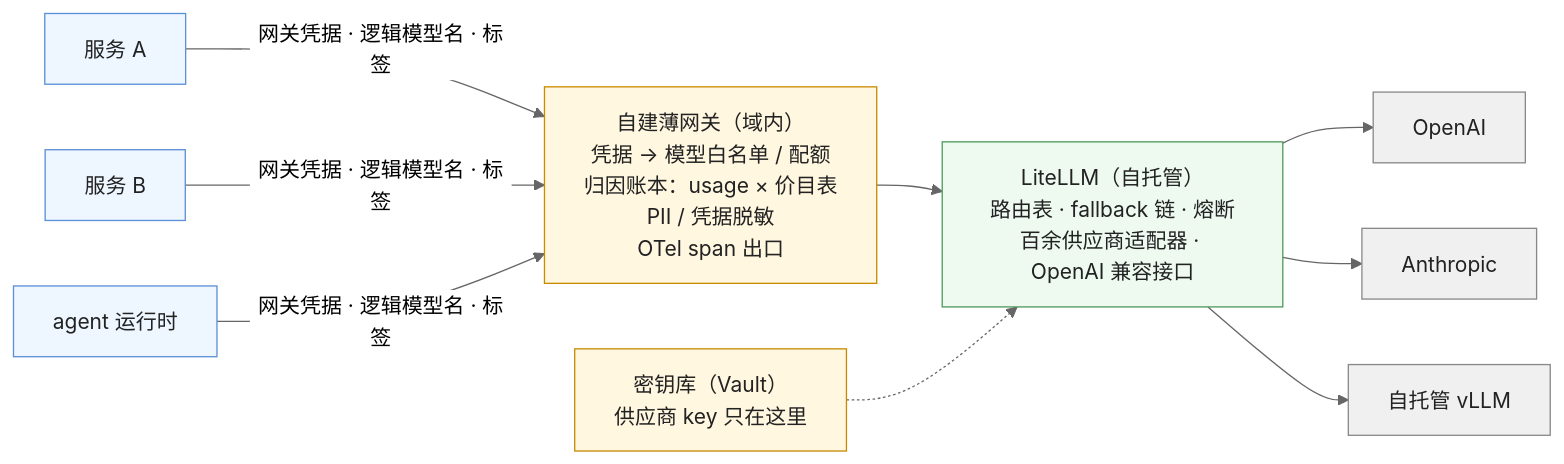
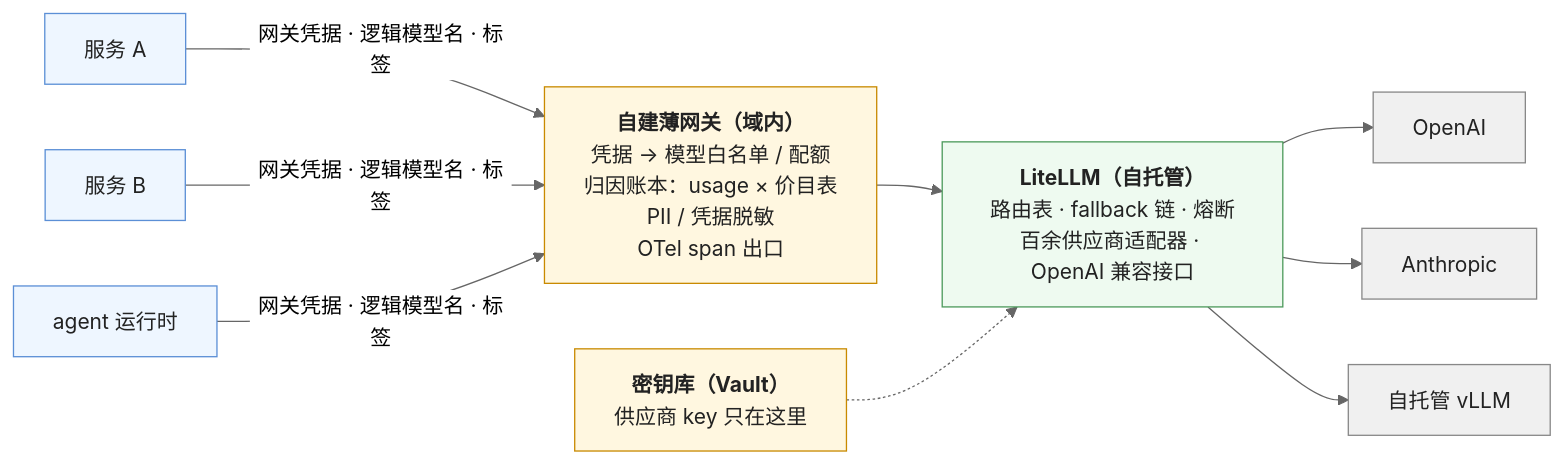
One commit to arganzheng/arganzheng.github.com changed the fourth of 5 diagrams in _posts/2026-11-08-model-gateway-the-layer-every-call-goes-through.md. Above: the diagram before and after it, drawn with Mermaid (neutral theme). The commit also changed other lines of this file and 7 other files, not shown here.

First line of the commit message:
生产化与运营：让 AI 应用可靠、可控、可持续地跑：Mermaid 多行方框的首行标为标题（8 篇）

````diff
--- a/_posts/2026-11-08-model-gateway-the-layer-every-call-goes-through.md
+++ b/_posts/2026-11-08-model-gateway-the-layer-every-call-goes-through.md
@@ -158,16 +158,16 @@
 ```mermaid
 %% 图：常见的混合架构——自建一层薄网关做合规相关的四件事（凭据映射、归因账本、脱敏、OTel trace 出口，流量不出域），后面接 LiteLLM 一类做路由、fallback、熔断与百余供应商的适配器（更新快，自己维护不划算）；供应商 key 只在密钥库里
 flowchart LR
-    A1["服务 A"] & A2["服务 B"] & A3["agent 运行时"] -->|"网关凭据 · 逻辑模型名 · 标签"| THIN["自建薄网关（域内）<br/>凭据 → 模型白名单 / 配额<br/>归因账本：usage × 价目表<br/>PII / 凭据脱敏<br/>OTel span 出口"]
-    THIN --> LL["LiteLLM（自托管）<br/>路由表 · fallback 链 · 熔断<br/>百余供应商适配器 · OpenAI 兼容接口"]
+    A1["服务 A"] & A2["服务 B"] & A3["agent 运行时"] -->|"网关凭据 · 逻辑模型名 · 标签"| THIN["<b>自建薄网关（域内）</b><br/>凭据 → 模型白名单 / 配额<br/>归因账本：usage × 价目表<br/>PII / 凭据脱敏<br/>OTel span 出口"]
+    THIN --> LL["<b>LiteLLM（自托管）</b><br/>路由表 · fallback 链 · 熔断<br/>百余供应商适配器 · OpenAI 兼容接口"]
     LL --> V1["OpenAI"] & V2["Anthropic"] & V3["自托管 vLLM"]
-    KV["密钥库（Vault）<br/>供应商 key 只在这里"] -.-> LL
+    KV["<b>密钥库（Vault）</b><br/>供应商 key 只在这里"] -.-> LL
     classDef app fill:#eef6ff,stroke:#5b8fd6,color:#222
     classDef own fill:#fff7e0,stroke:#c98a00,color:#222
     classDef ll fill:#eefaf0,stroke:#4d9a5c,color:#222
     classDef v fill:#f0f0f0,stroke:#888,color:#222
     class A1,A2,A3 app
     class THIN,KV own
     class LL ll
     class V1,V2,V3 v
 ```
````
